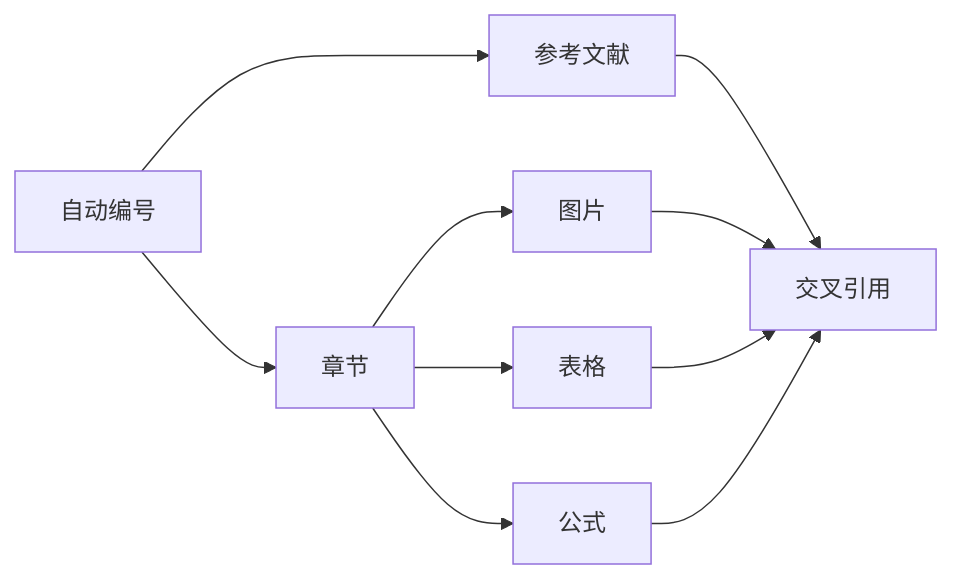
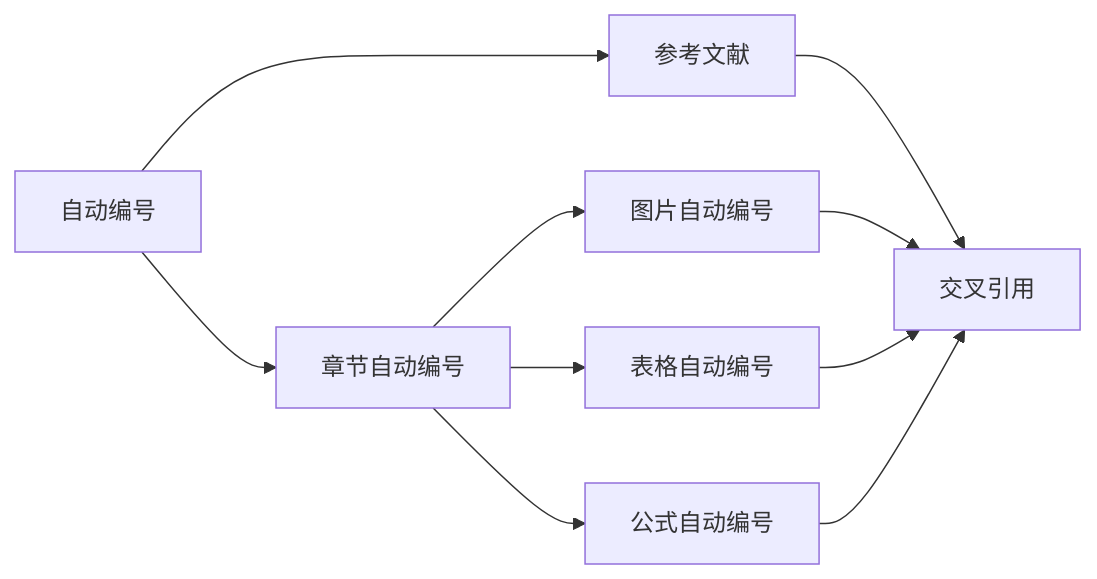
Before and after one commit to zkytech/zkytech.github.io: the diagram in source/论文排版指南/自动编号/index.md, drawn with Mermaid. The commit also changed 2 other files, not shown here.

Commit message:
auto generated commit message

````diff
--- a/source/论文排版指南/自动编号/index.md
+++ b/source/论文排版指南/自动编号/index.md
@@ -5,8 +5,8 @@
 ```mermaid
 graph LR
-自动编号 --> 章节
+自动编号 --> 章节自动编号
 自动编号 --> 参考文献 --> 交叉引用
-章节 --> 图片 --> 交叉引用
-章节 --> 表格 --> 交叉引用
-章节 --> 公式 --> 交叉引用
+章节自动编号 --> 图片自动编号 --> 交叉引用
+章节自动编号 --> 表格自动编号 --> 交叉引用
+章节自动编号 --> 公式自动编号 --> 交叉引用
 ```
````
